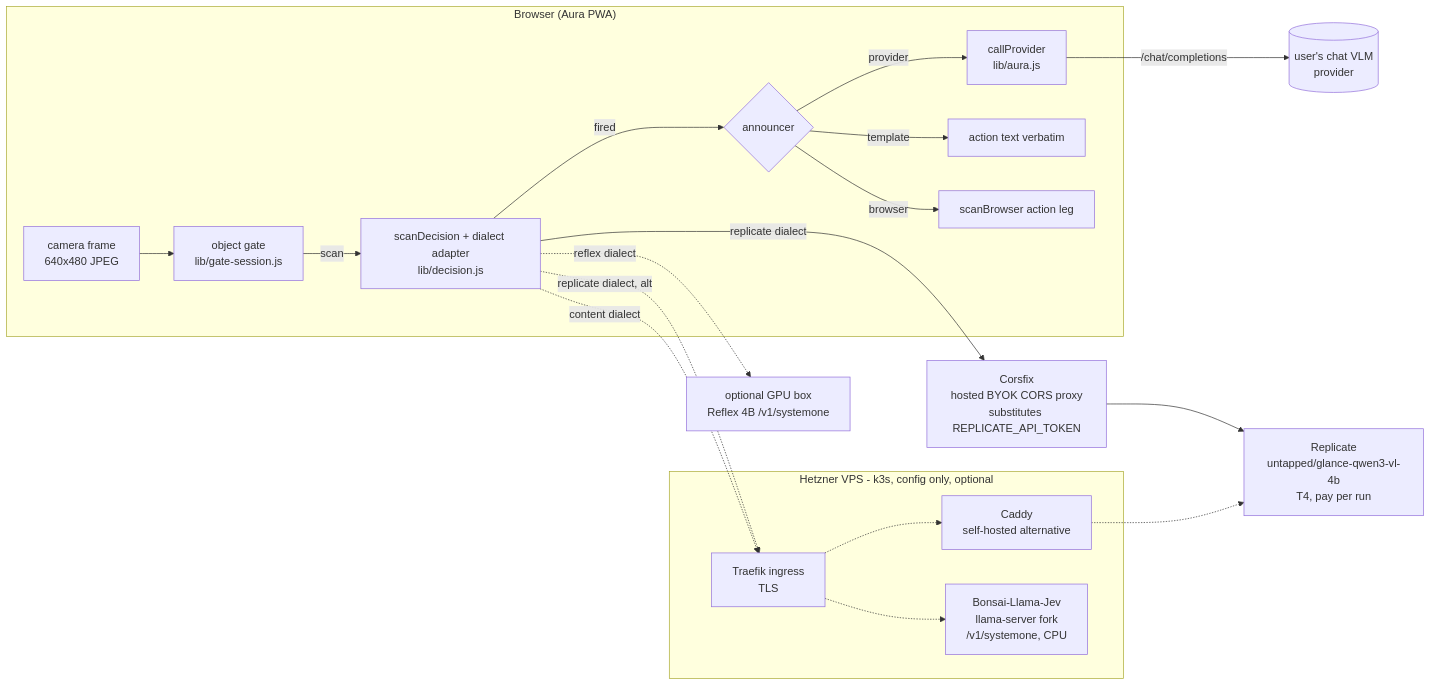
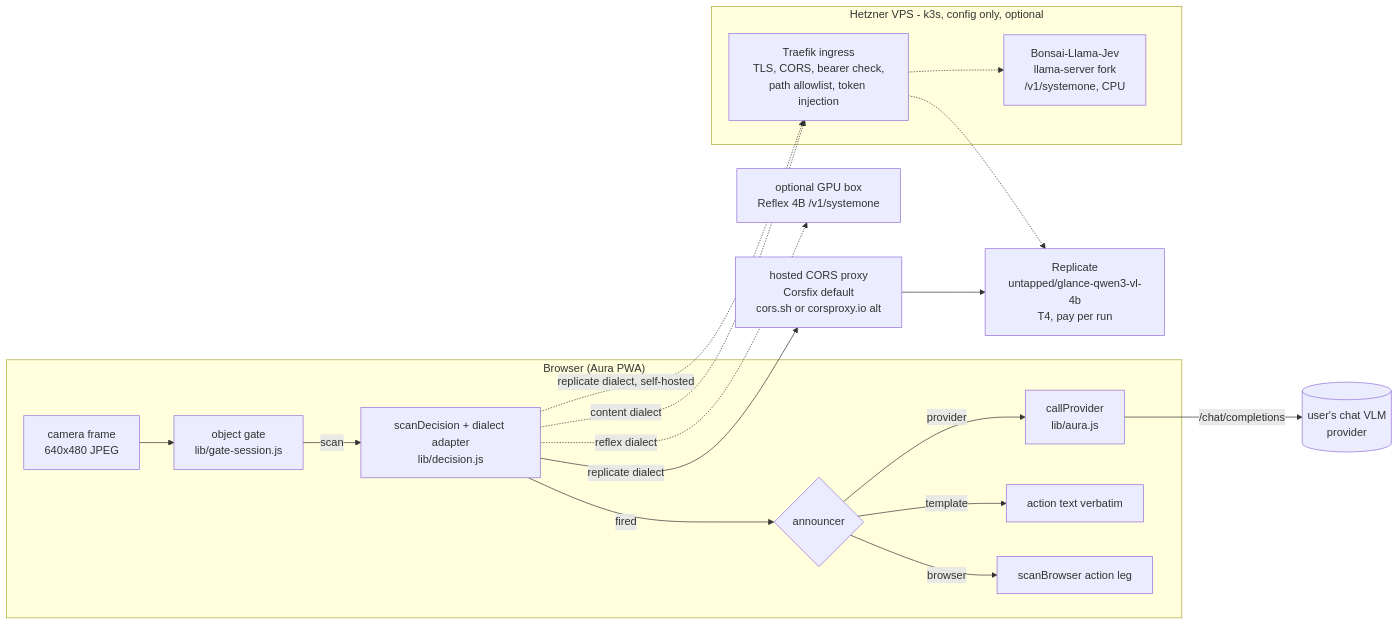
The first of 2 diagrams in docs/PRD-decision-engine.md (barakplasma/Aura), drawn with Mermaid before and after one commit. The commit also changed other lines of this file, not shown here.

First line of the commit message:
docs(prd): Traefik alone for self-hosting; add cors.sh and corsproxy.io

````diff
--- a/docs/PRD-decision-engine.md
+++ b/docs/PRD-decision-engine.md
@@ -149,28 +148,27 @@
 ```mermaid
 flowchart LR
   subgraph Phone["Browser (Aura PWA)"]
     CAM[camera frame<br/>640x480 JPEG] --> GATE[object gate<br/>lib/gate-session.js]
     GATE -->|scan| DEC[scanDecision + dialect adapter<br/>lib/decision.js]
     DEC -->|fired| ANN{announcer}
     ANN -->|provider| PROV[callProvider<br/>lib/aura.js]
     ANN -->|template| TPL[action text verbatim]
     ANN -->|browser| BRW[scanBrowser action leg]
   end
 
-  CFX[Corsfix<br/>hosted BYOK CORS proxy<br/>substitutes REPLICATE_API_TOKEN]
+  CFX[hosted CORS proxy<br/>Corsfix default<br/>cors.sh or corsproxy.io alt]
 
   subgraph K3s["Hetzner VPS - k3s, config only, optional"]
-    ING[Traefik ingress<br/>TLS]
-    CAD[Caddy<br/>self-hosted alternative]
+    ING[Traefik ingress<br/>TLS, CORS, bearer check,<br/>path allowlist, token injection]
     BON[Bonsai-Llama-Jev<br/>llama-server fork<br/>/v1/systemone, CPU]
   end
 
   RP[Replicate<br/>untapped/glance-qwen3-vl-4b<br/>T4, pay per run]
   GPU[optional GPU box<br/>Reflex 4B /v1/systemone]
 
   DEC -- "replicate dialect" --> CFX --> RP
-  DEC -. "replicate dialect, alt" .-> ING -.-> CAD -.-> RP
+  DEC -. "replicate dialect, self-hosted" .-> ING -.-> RP
   DEC -. "content dialect" .-> ING -.-> BON
   DEC -. "reflex dialect" .-> GPU
   PROV -- "/chat/completions" --> CLOUD[(user's chat VLM<br/>provider)]
 ```
````
